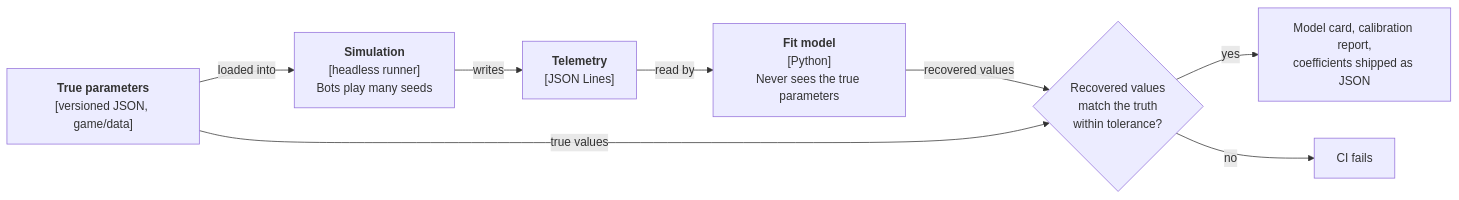
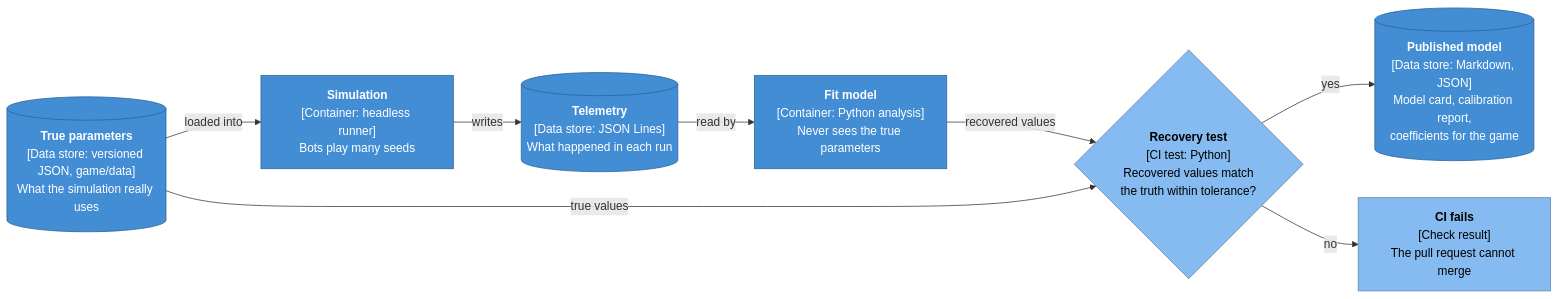
The seventh of 7 diagrams in docs/architecture/overview.md (Huntling94/tallow), drawn with Mermaid before and after one commit. The commit also changed other lines of this file and 4 other files, not shown here.

````diff
--- a/docs/architecture/overview.md
+++ b/docs/architecture/overview.md
@@ -221,10 +230,17 @@
 ```mermaid
 flowchart LR
-    truth["<b>True parameters</b><br/>[versioned JSON, game/data]"] -- "loaded into" --> sim["<b>Simulation</b><br/>[headless runner]<br/>Bots play many seeds"]
-    sim -- "writes" --> tel["<b>Telemetry</b><br/>[JSON Lines]"]
-    tel -- "read by" --> fit["<b>Fit model</b><br/>[Python]<br/>Never sees the true parameters"]
-    fit -- "recovered values" --> check{"Recovered values<br/>match the truth<br/>within tolerance?"}
+    truth[("<b>True parameters</b><br/>[Data store: versioned JSON, game/data]<br/>What the simulation really uses")] -- "loaded into" --> sim["<b>Simulation</b><br/>[Container: headless runner]<br/>Bots play many seeds"]
+    sim -- "writes" --> tel[("<b>Telemetry</b><br/>[Data store: JSON Lines]<br/>What happened in each run")]
+    tel -- "read by" --> fit["<b>Fit model</b><br/>[Container: Python analysis]<br/>Never sees the true parameters"]
+    fit -- "recovered values" --> check{"<b>Recovery test</b><br/>[CI test: Python]<br/>Recovered values match<br/>the truth within tolerance?"}
     truth -- "true values" --> check
-    check -- "yes" --> ship["Model card, calibration report,<br/>coefficients shipped as JSON"]
-    check -- "no" --> fail["CI fails"]
+    check -- "yes" --> ship[("<b>Published model</b><br/>[Data store: Markdown, JSON]<br/>Model card, calibration report,<br/>coefficients for the game")]
+    check -- "no" --> fail["<b>CI fails</b><br/>[Check result]<br/>The pull request cannot merge"]
+
+    classDef container fill:#438dd5,color:#fff,stroke:#2e6295
+    classDef store fill:#438dd5,color:#fff,stroke:#2e6295
+    classDef test fill:#85bbf0,color:#000,stroke:#5d82a8
+    class sim,fit container
+    class truth,tel,ship store
+    class check,fail test
 ```
````
